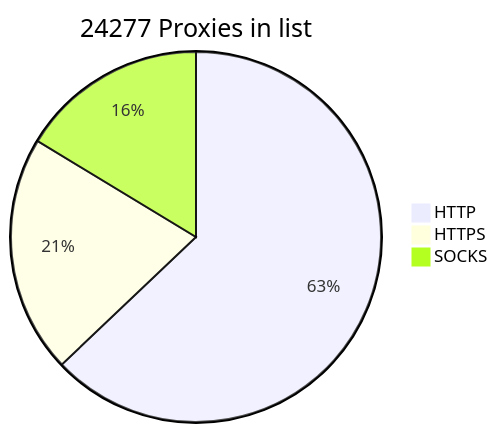
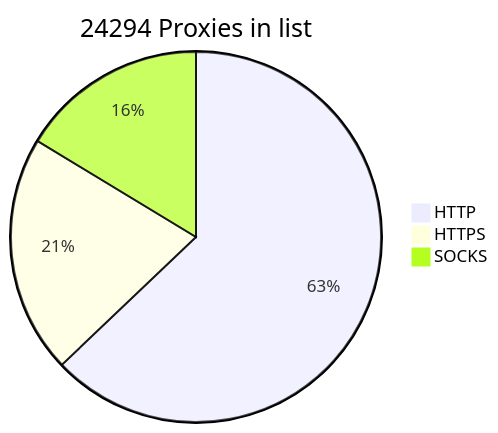
One commit to BlackSnowDot/proxylist-update-every-minute changed the diagram in README.md. Above: the diagram before and after it, drawn with Mermaid.

````diff
--- a/README.md
+++ b/README.md
@@ -2,6 +2,6 @@
 ```mermaid
-pie title 24277 Proxies in list
-    "HTTP" : 17540
-    "HTTPS": 5791
-    "SOCKS" : 4553
+pie title 24294 Proxies in list
+    "HTTP" : 17549
+    "HTTPS": 5800
+    "SOCKS" : 4557
 ```
````
